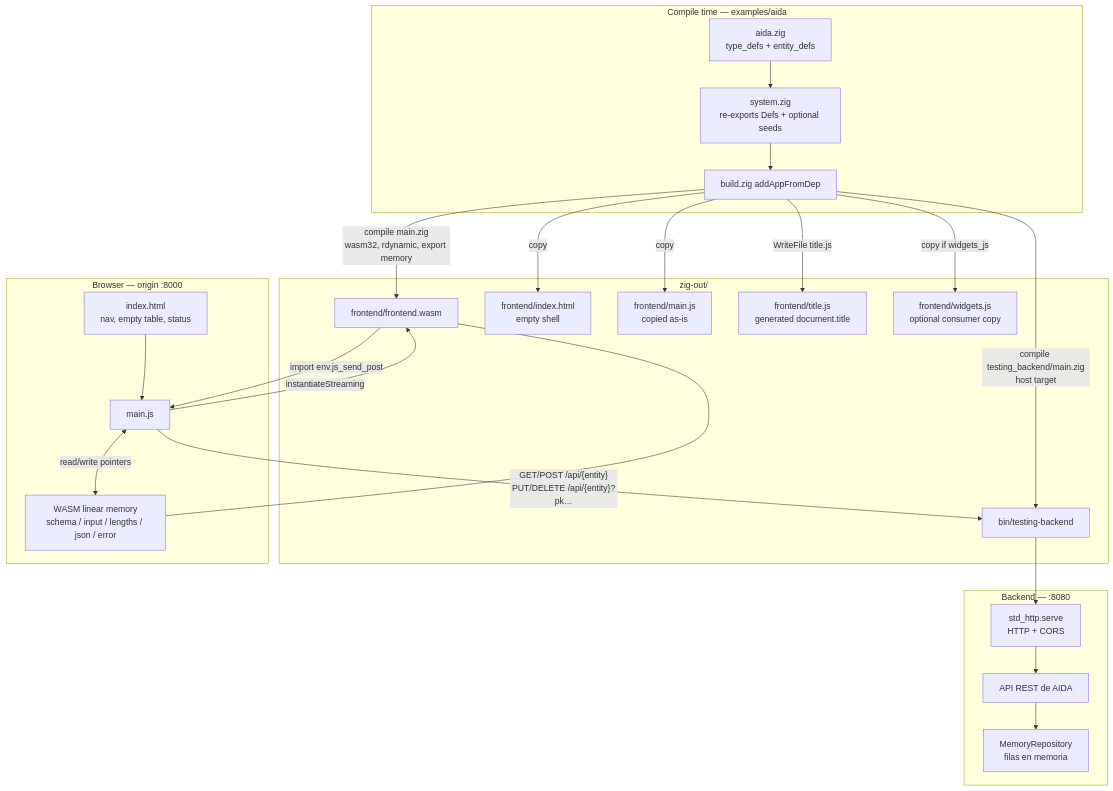
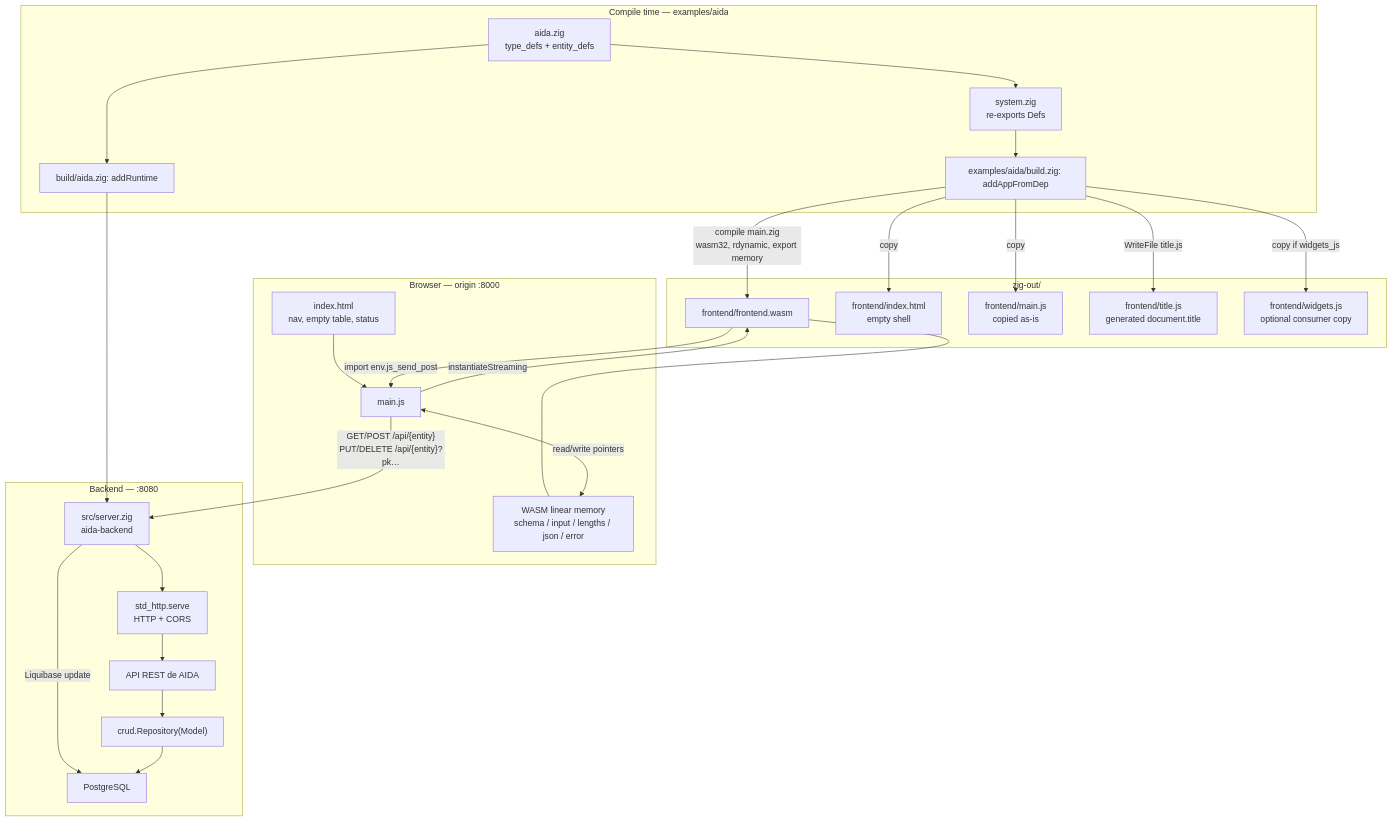
Before and after one commit to hggomez/zigma-definition: the diagram in docs/frontend.md, drawn with Mermaid. The commit also changed other lines of this file and 71 other files, not shown here.

Commit message:
Refactor para hacer mas simple a AIDA y mas re-utilizable el framework en otra app

````diff
--- a/docs/frontend.md
+++ b/docs/frontend.md
@@ -15,45 +15,49 @@
 ```mermaid
 flowchart TB
   subgraph compile["Compile time — examples/aida"]
     aida["aida.zig<br/>type_defs + entity_defs"]
-    sys["system.zig<br/>re-exports Defs + optional seeds"]
-    addApp["build.zig addAppFromDep"]
+    sys["system.zig<br/>re-exports Defs"]
+    addApp["examples/aida/build.zig: addAppFromDep"]
+    runtime["build/aida.zig: addRuntime"]
+    aida --> runtime
     aida --> sys
     sys --> addApp
   end
 
   subgraph artifacts["zig-out/"]
     wasm["frontend/frontend.wasm"]
     html["frontend/index.html<br/>empty shell"]
     js["frontend/main.js<br/>copied as-is"]
     titlejs["frontend/title.js<br/>generated document.title"]
     wjs["frontend/widgets.js<br/>optional consumer copy"]
-    bin["bin/testing-backend"]
     addApp -->|"compile main.zig<br/>wasm32, rdynamic, export memory"| wasm
     addApp -->|"copy"| html
     addApp -->|"copy"| js
     addApp -->|"WriteFile title.js"| titlejs
     addApp -->|"copy if widgets_js"| wjs
-    addApp -->|"compile testing_backend/main.zig<br/>host target"| bin
   end
 
   subgraph browser["Browser — origin :8000"]
     page["index.html<br/>nav, empty table, status"]
     mainjs["main.js"]
     mem["WASM linear memory<br/>schema / input / lengths / json / error"]
     page --> mainjs
     mainjs -->|"instantiateStreaming"| wasm
     wasm --- mem
     mainjs <-->|"read/write pointers"| mem
     wasm -->|"import env.js_send_post"| mainjs
   end
 
   subgraph server["Backend — :8080"]
     transport["std_http.serve<br/>HTTP + CORS"]
     api["API REST de AIDA"]
-    lists["MemoryRepository<br/>filas en memoria"]
-    bin --> transport --> api --> lists
+    bin["src/server.zig<br/>aida-backend"]
+    repository["crud.Repository(Model)"]
+    db["PostgreSQL"]
+    runtime --> bin
+    bin -->|"Liquibase update"| db
+    bin --> transport --> api --> repository --> db
   end
 
   mainjs -->|"GET/POST /api/{entity}<br/>PUT/DELETE /api/{entity}?pk…"| bin
 ```
````
